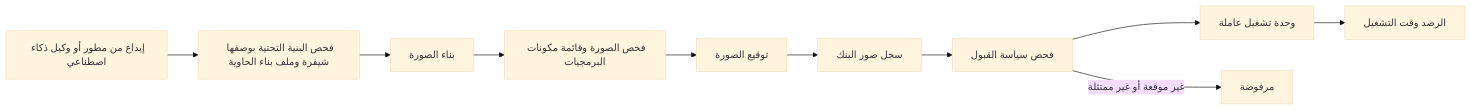
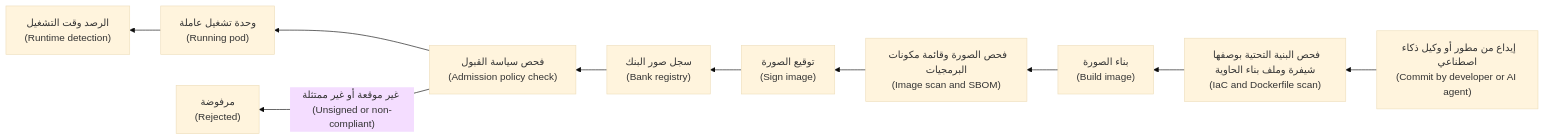
The second of 3 diagrams in secai/modules/07-cloud.ar.md (Tamoura/system-design-for-vibe-coders), drawn with Mermaid (base theme) before and after one commit. The commit also changed other lines of this file and 11 other files, not shown here.

First line of the commit message:
Security course: Arabic modules 10–11 reviewed; RTL diagrams with English labels for modules 0–11

````diff
--- a/secai/modules/07-cloud.ar.md
+++ b/secai/modules/07-cloud.ar.md
@@ -427,12 +427,12 @@
 ```mermaid
-flowchart LR
-    A["إيداع من مطور أو وكيل ذكاء اصطناعي"] --> B["فحص البنية التحتية بوصفها شيفرة وملف بناء الحاوية"]
-    B --> C["بناء الصورة"]
-    C --> D["فحص الصورة وقائمة مكونات البرمجيات"]
-    D --> E["توقيع الصورة"]
-    E --> F["سجل صور البنك"]
-    F --> G["فحص سياسة القبول"]
-    G --> H["وحدة تشغيل عاملة"]
-    H --> I["الرصد وقت التشغيل"]
-    G -->|"غير موقعة أو غير ممتثلة"| J["مرفوضة"]
+flowchart RL
+    A["إيداع من مطور أو وكيل ذكاء اصطناعي<br/>(Commit by developer or AI agent)"] --> B["فحص البنية التحتية بوصفها شيفرة وملف بناء الحاوية<br/>(IaC and Dockerfile scan)"]
+    B --> C["بناء الصورة<br/>(Build image)"]
+    C --> D["فحص الصورة وقائمة مكونات البرمجيات<br/>(Image scan and SBOM)"]
+    D --> E["توقيع الصورة<br/>(Sign image)"]
+    E --> F["سجل صور البنك<br/>(Bank registry)"]
+    F --> G["فحص سياسة القبول<br/>(Admission policy check)"]
+    G --> H["وحدة تشغيل عاملة<br/>(Running pod)"]
+    H --> I["الرصد وقت التشغيل<br/>(Runtime detection)"]
+    G -->|"غير موقعة أو غير ممتثلة (Unsigned or non-compliant)"| J["مرفوضة<br/>(Rejected)"]
 ```
````
